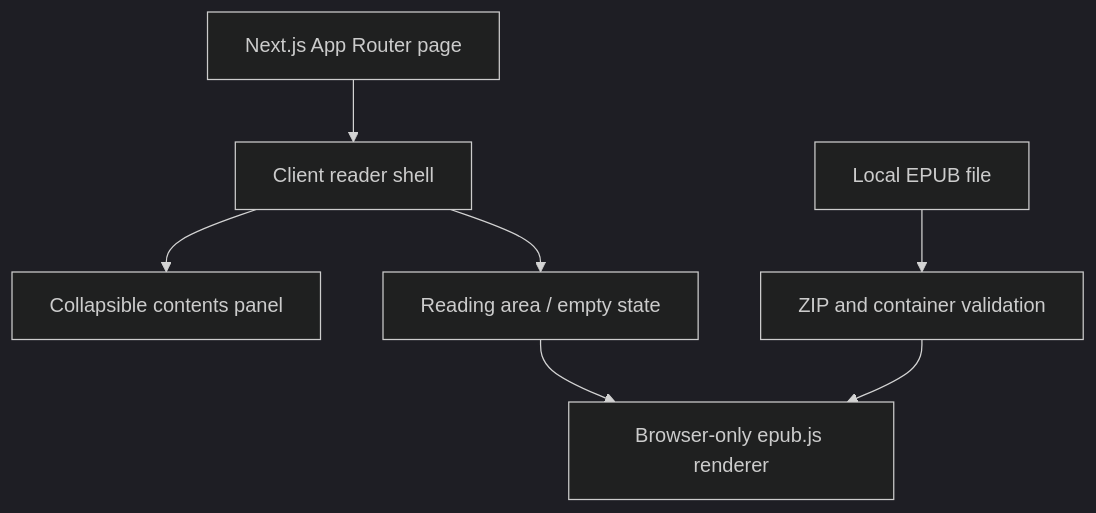
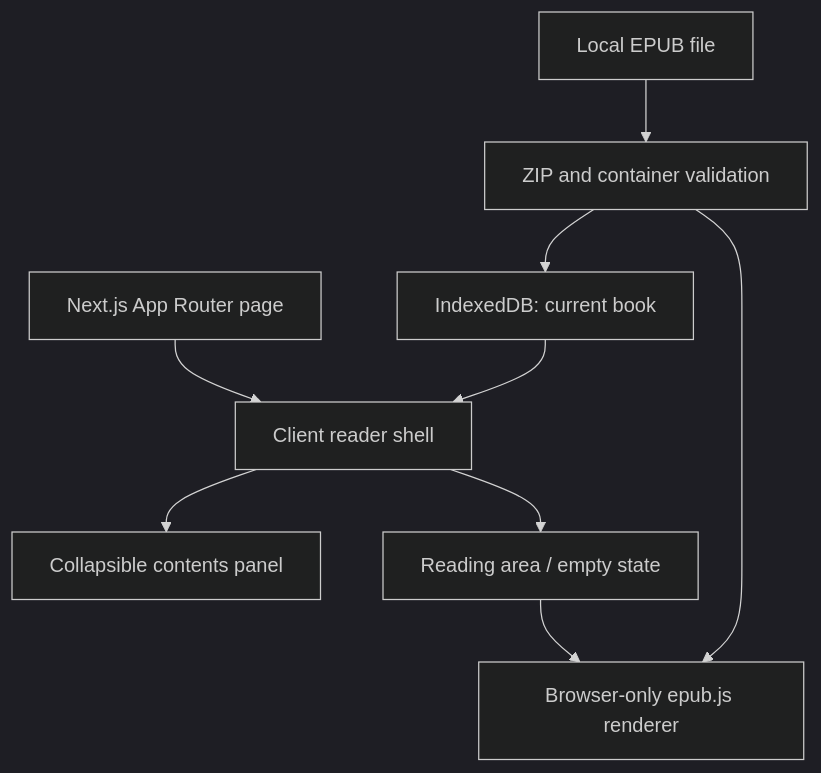
One commit to chenkai23/Pinnacle_Demo changed the diagram in README.md. Above: the diagram before and after it, drawn with Mermaid (dark theme). The commit also changed other lines of this file and 5 other files, not shown here.

````diff
--- a/README.md
+++ b/README.md
@@ -27,9 +27,11 @@
 ```mermaid
 flowchart TD
     Page[Next.js App Router page] --> Shell[Client reader shell]
     Shell --> Contents[Collapsible contents panel]
     Shell --> Area[Reading area / empty state]
     Area --> Epub[Browser-only epub.js renderer]
     File[Local EPUB file] --> Validation[ZIP and container validation]
     Validation --> Epub
+    Validation --> Storage[IndexedDB: current book]
+    Storage --> Shell
 ```
````
